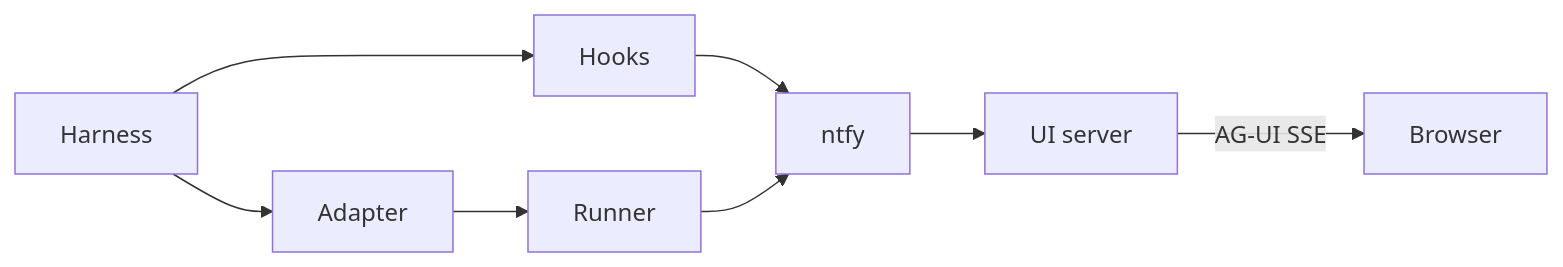
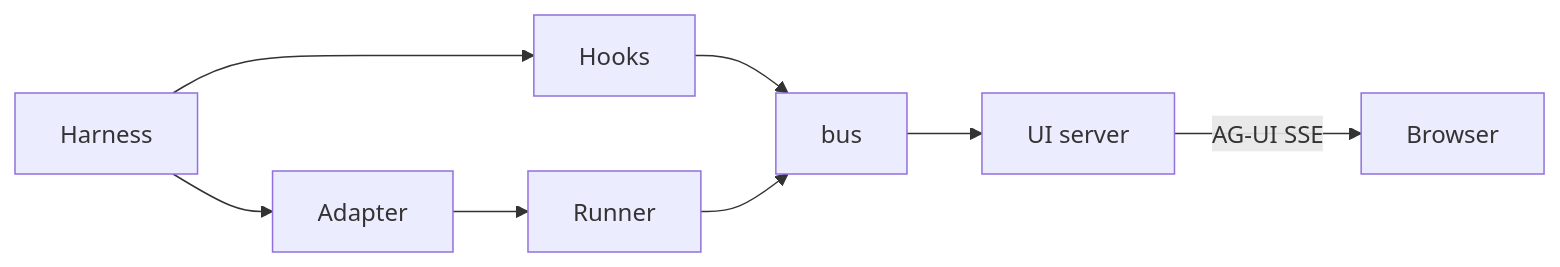
One commit to bcmyguest/ai-collab changed the diagram in docs/ag-ui.md. Above: the diagram before and after it, drawn with Mermaid. The commit also changed other lines of this file and 64 other files, not shown here.

First line of the commit message:
feat(bus): replace the ntfy container with a local SQLite message bus

````diff
--- a/docs/ag-ui.md
+++ b/docs/ag-ui.md
@@ -5,10 +5,10 @@
 ```mermaid
 flowchart LR
   Harness --> Hooks
   Harness --> Adapter
   Adapter --> Runner
-  Hooks --> ntfy
-  Runner --> ntfy
-  ntfy --> UI[UI server]
+  Hooks --> bus
+  Runner --> bus
+  bus --> UI[UI server]
   UI -- AG-UI SSE --> Browser
 ```
````
